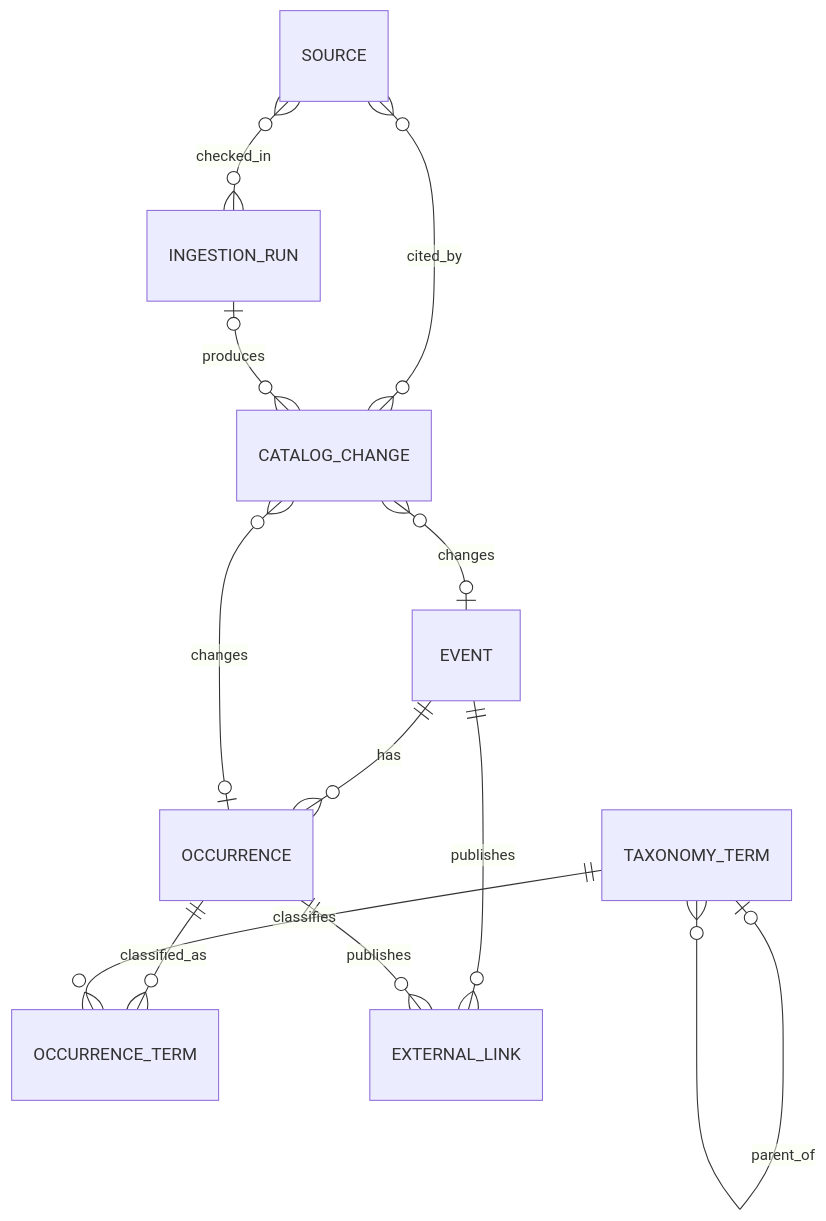
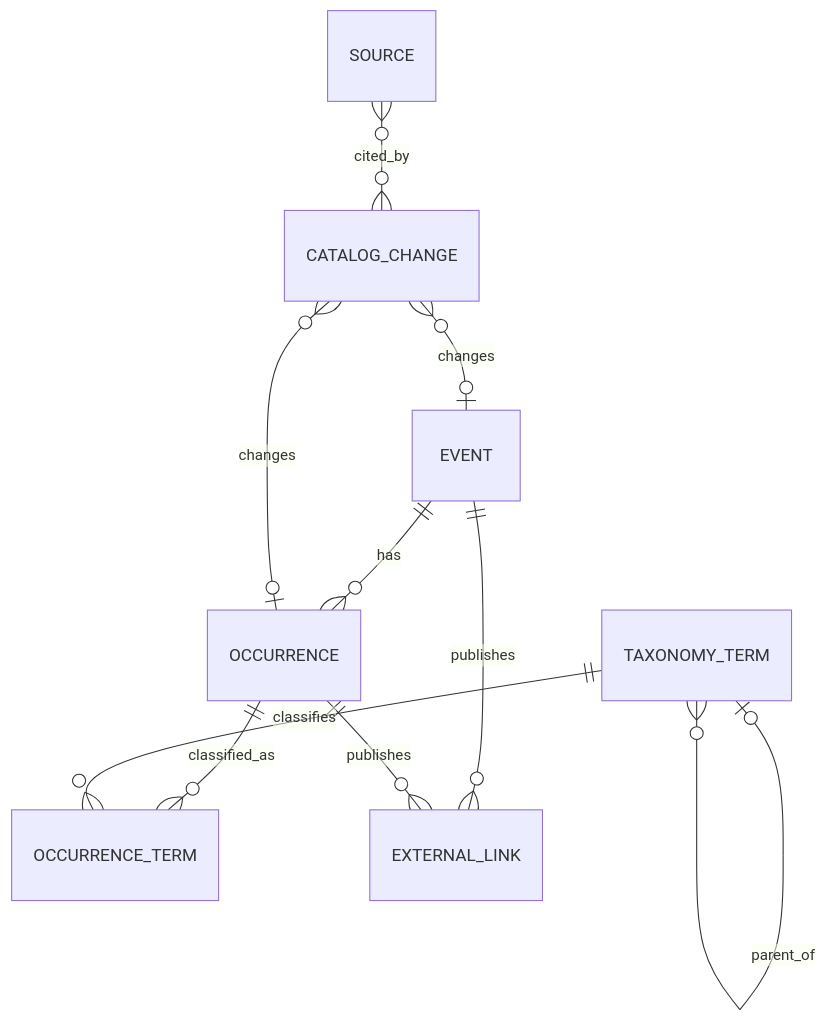
One commit to alex-karo/eventroam changed the diagram in specs/001-domain-model.md. Above: the diagram before and after it, drawn with Mermaid. The commit also changed other lines of this file and 14 other files, not shown here.

Commit message:
refactor(ingestion): remove persisted run tracking

````diff
--- a/specs/001-domain-model.md
+++ b/specs/001-domain-model.md
@@ -18,15 +18,13 @@
 ```mermaid
 erDiagram
     EVENT ||--o{ OCCURRENCE : has
     OCCURRENCE ||--o{ OCCURRENCE_TERM : classified_as
     TAXONOMY_TERM ||--o{ OCCURRENCE_TERM : classifies
     TAXONOMY_TERM o|--o{ TAXONOMY_TERM : parent_of
     EVENT ||--o{ EXTERNAL_LINK : publishes
     OCCURRENCE ||--o{ EXTERNAL_LINK : publishes
 
-    SOURCE }o--o{ INGESTION_RUN : checked_in
     SOURCE }o--o{ CATALOG_CHANGE : cited_by
-    INGESTION_RUN o|--o{ CATALOG_CHANGE : produces
     CATALOG_CHANGE }o--o| EVENT : changes
     CATALOG_CHANGE }o--o| OCCURRENCE : changes
 ```
````
